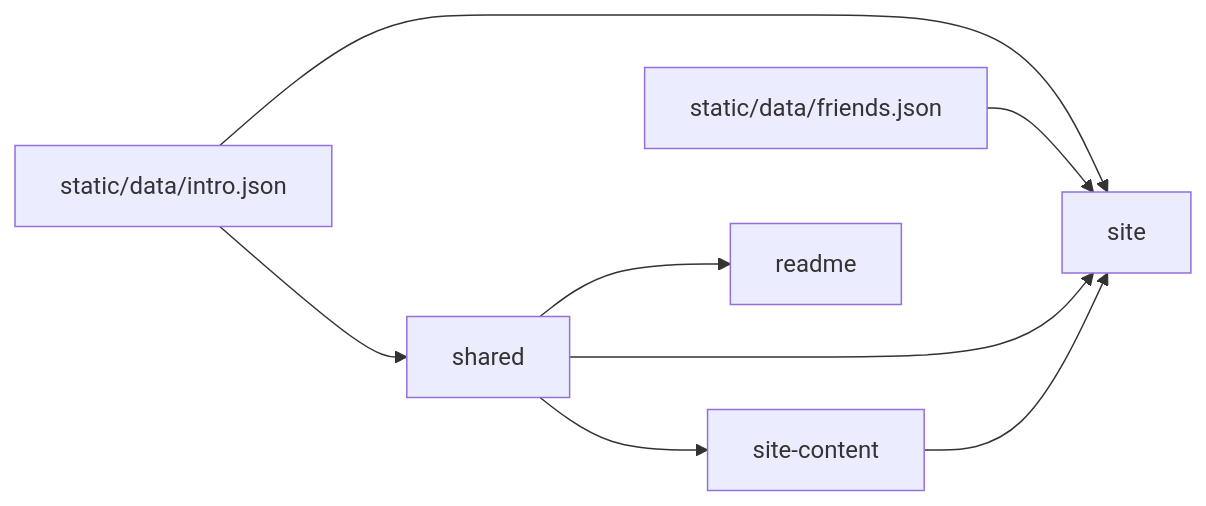
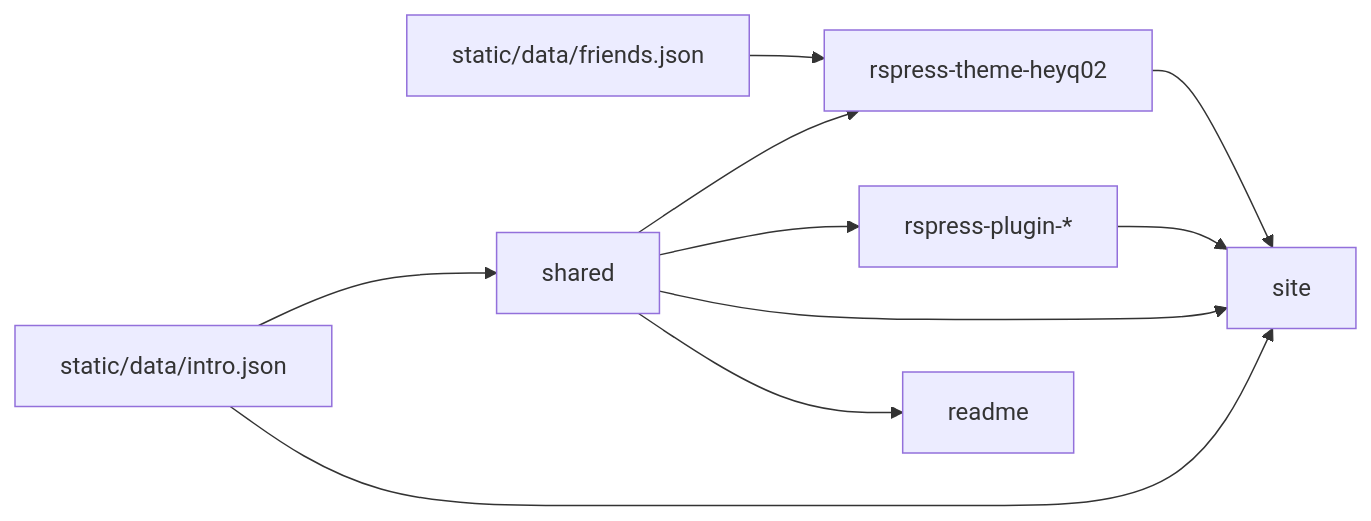
The diagram in architecture.md (heyq02/heyq02), drawn with Mermaid before and after one commit. The commit also changed other lines of this file and 74 other files, not shown here.

First line of the commit message:
refactor: compose site from rspress-theme and small plugins

````diff
--- a/architecture.md
+++ b/architecture.md
@@ -17,16 +17,19 @@
 ```mermaid
 flowchart LR
   json["static/data/intro.json"]
   friends["static/data/friends.json"]
   shared["shared"]
-  content["site-content"]
+  theme["rspress-theme-heyq02"]
+  plugins["rspress-plugin-*"]
   site["site"]
   readme["readme"]
   json --> shared
   json --> site
-  friends --> site
-  shared --> content
+  friends --> theme
+  shared --> theme
+  shared --> plugins
   shared --> site
   shared --> readme
-  content --> site
+  theme --> site
+  plugins --> site
 ```
````
